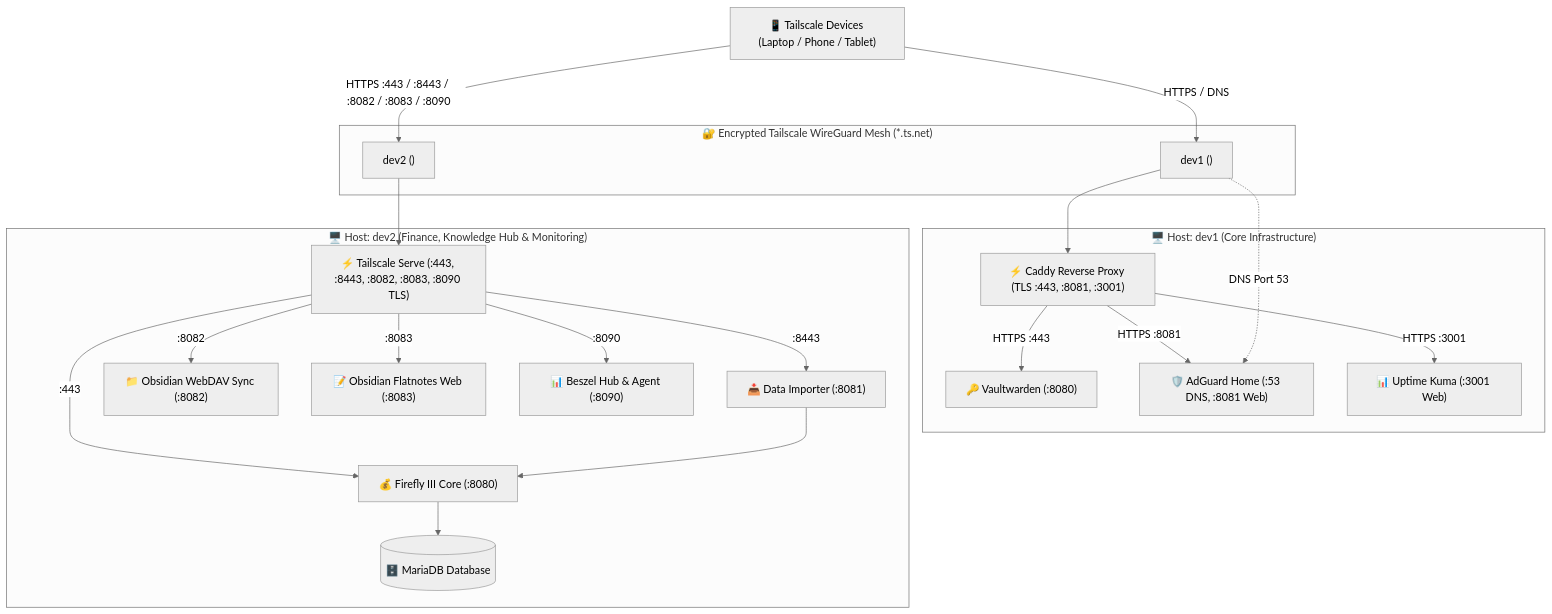
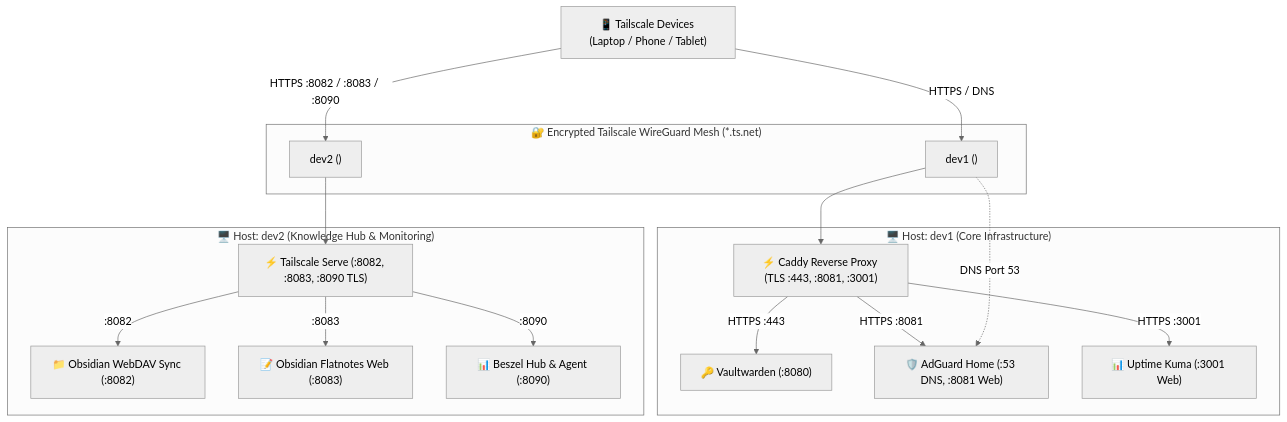
Before and after one commit to sanjay-namdeo/homelab: the diagram in README.md, drawn with Mermaid (neutral theme). The commit also changed other lines of this file and 9 other files, not shown here.

First line of the commit message:
refactor(dev2): remove Firefly III, Data Importer, MariaDB, and update DR pipeline

````diff
--- a/README.md
+++ b/README.md
@@ -9,43 +9,36 @@
 ```mermaid
 graph TD
     Client["📱 Tailscale Devices (Laptop / Phone / Tablet)"]
 
     subgraph TailscaleMesh ["🔐 Encrypted Tailscale WireGuard Mesh (*.ts.net)"]
         TS1["dev1 (<dev1-tailscale-ip>)"]
         TS2["dev2 (<dev2-tailscale-ip>)"]
     end
 
     subgraph HostDev1 ["🖥️ Host: dev1 (Core Infrastructure)"]
         Caddy["⚡ Caddy Reverse Proxy (TLS :443, :8081, :3001)"]
         VW["🔑 Vaultwarden (:8080)"]
         AG["🛡️ AdGuard Home (:53 DNS, :8081 Web)"]
         UK["📊 Uptime Kuma (:3001 Web)"]
     end
 
-    subgraph HostDev2 ["🖥️ Host: dev2 (Finance, Knowledge Hub & Monitoring)"]
-        TS_Serve["⚡ Tailscale Serve (:443, :8443, :8082, :8083, :8090 TLS)"]
-        FF["💰 Firefly III Core (:8080)"]
-        FDI["📥 Data Importer (:8081)"]
+    subgraph HostDev2 ["🖥️ Host: dev2 (Knowledge Hub & Monitoring)"]
+        TS_Serve["⚡ Tailscale Serve (:8082, :8083, :8090 TLS)"]
         ObsDAV["📁 Obsidian WebDAV Sync (:8082)"]
         ObsWeb["📝 Obsidian Flatnotes Web (:8083)"]
         Beszel["📊 Beszel Hub & Agent (:8090)"]
-        DB[("🗄️ MariaDB Database")]
     end
 
     Client -->|HTTPS / DNS| TS1
     TS1 --> Caddy
     Caddy -->|HTTPS :443| VW
     Caddy -->|HTTPS :8081| AG
     Caddy -->|HTTPS :3001| UK
     TS1 -.->|DNS Port 53| AG
 
-    Client -->|HTTPS :443 / :8443 / :8082 / :8083 / :8090| TS2
+    Client -->|HTTPS :8082 / :8083 / :8090| TS2
     TS2 --> TS_Serve
-    TS_Serve -->|:443| FF
-    TS_Serve -->|:8443| FDI
     TS_Serve -->|:8082| ObsDAV
     TS_Serve -->|:8083| ObsWeb
     TS_Serve -->|:8090| Beszel
-    FF --> DB
-    FDI --> FF
 ```
````
